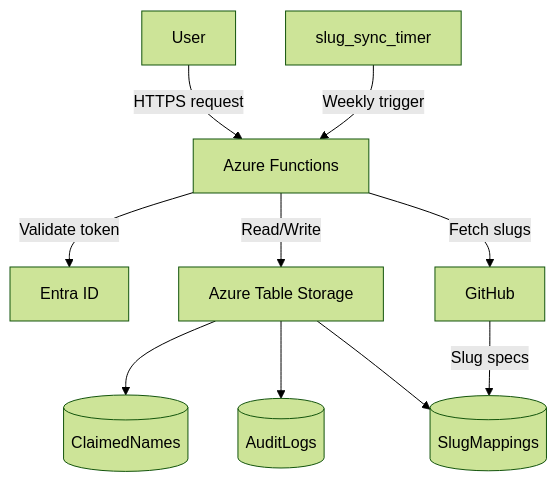
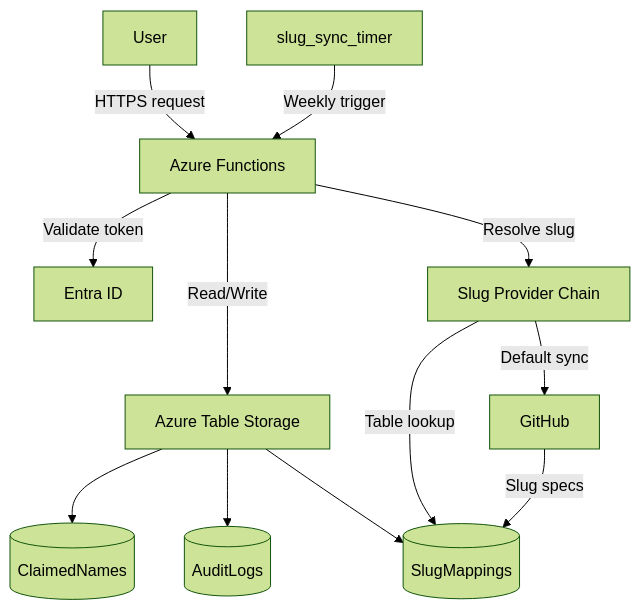
One commit to gedefili/azure-naming changed the diagram in docs/architecture.mmd. Above: the diagram before and after it, drawn with Mermaid (forest theme). The commit also changed other lines of this file and 7 other files, not shown here.

Commit message:
Document provider architecture and updated local workflow

````diff
--- a/docs/architecture.mmd
+++ b/docs/architecture.mmd
@@ -1,12 +1,14 @@
 ```mermaid
 graph TD
     User[User] -->|"HTTPS request"| AzureFn["Azure Functions"]
     AzureFn -->|"Validate token"| EntraID["Entra ID"]
     AzureFn -->|"Read/Write"| Table["Azure Table Storage"]
-    AzureFn -->|"Fetch slugs"| GitHub["GitHub"]
+    AzureFn -->|"Resolve slug"| SlugSvc["Slug Provider Chain"]
+    SlugSvc -->|"Table lookup"| SlugMappings[("SlugMappings")]
+    SlugSvc -->|"Default sync"| GitHub["GitHub"]
     Timer["slug_sync_timer"] -->|"Weekly trigger"| AzureFn
     Table --> ClaimedNames[("ClaimedNames")]
     Table --> AuditLogs[("AuditLogs")]
-    Table --> SlugMappings[("SlugMappings")]
+    Table --> SlugMappings
     GitHub -->|"Slug specs"| SlugMappings
 ``` 
````
